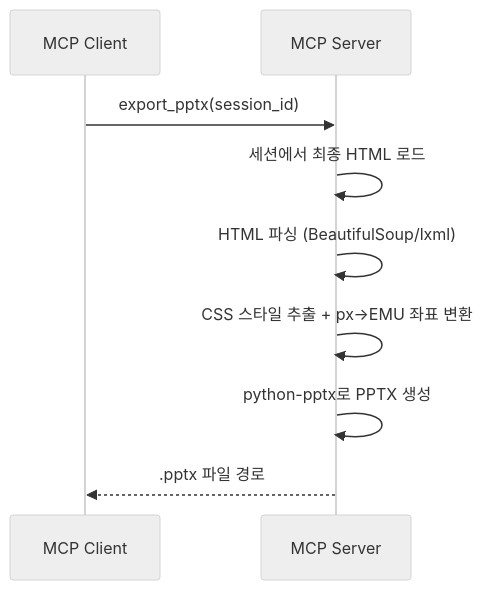
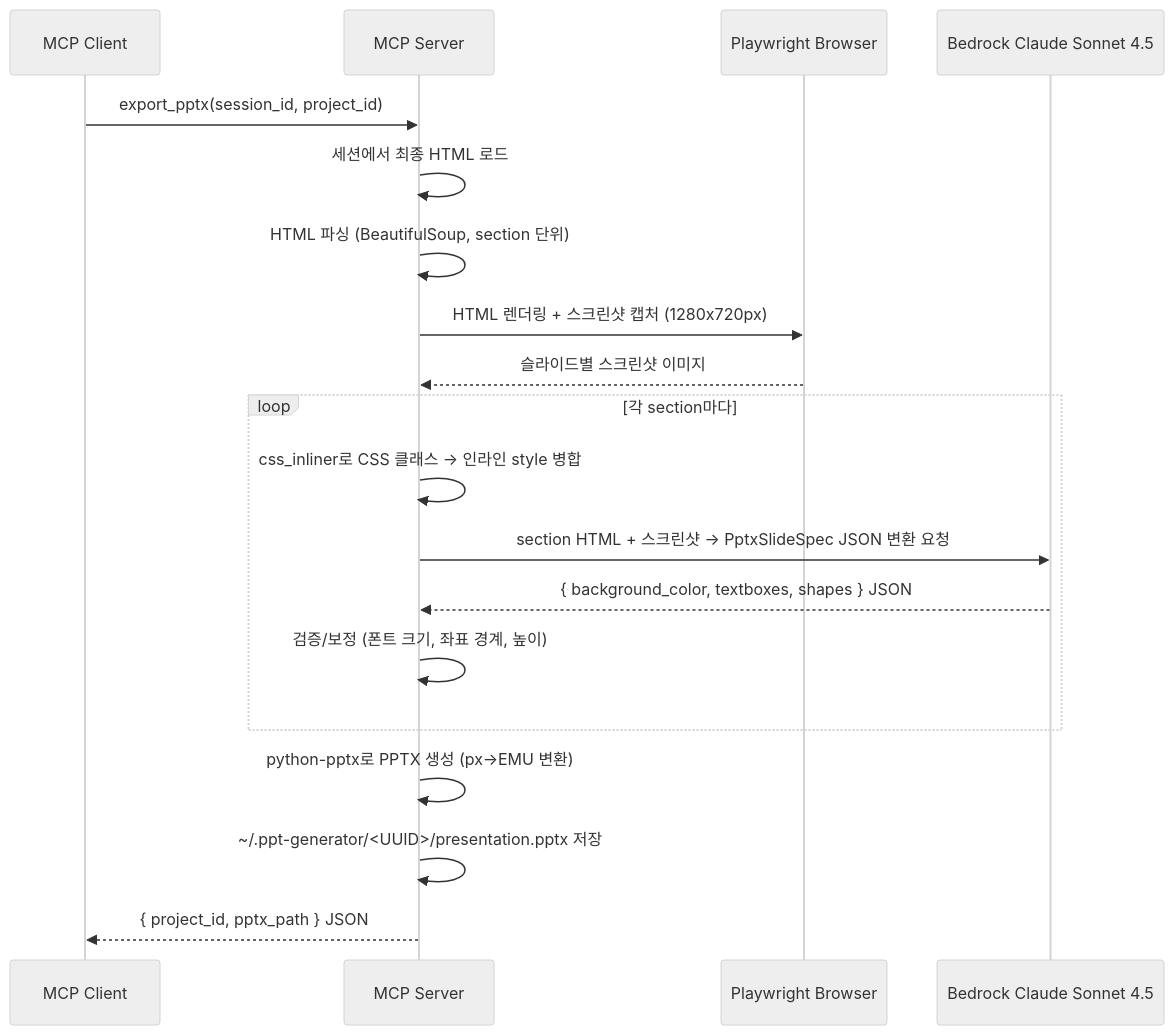
One commit to haandol/ppt-generator changed the diagram in docs/adr/pipeline/0006-pptx-export.md. Above: the diagram before and after it, drawn with Mermaid (neutral theme). The commit also changed other lines of this file and 14 other files, not shown here.

First line of the commit message:
Enhance slide generation and project management features

````diff
--- a/docs/adr/pipeline/0006-pptx-export.md
+++ b/docs/adr/pipeline/0006-pptx-export.md
@@ -72,12 +74,24 @@
 ```mermaid
 sequenceDiagram
     participant Client as MCP Client
     participant Server as MCP Server
+    participant Playwright as Playwright Browser
+    participant LLM as Bedrock Claude Sonnet 4.5
 
-    Client->>Server: export_pptx(session_id)
+    Client->>Server: export_pptx(session_id, project_id)
     Server->>Server: 세션에서 최종 HTML 로드
-    Server->>Server: HTML 파싱 (BeautifulSoup/lxml)
-    Server->>Server: CSS 스타일 추출 + px→EMU 좌표 변환
-    Server->>Server: python-pptx로 PPTX 생성
-    Server-->>Client: .pptx 파일 경로
+    Server->>Server: HTML 파싱 (BeautifulSoup, section 단위)
+    Server->>Playwright: HTML 렌더링 + 스크린샷 캡처 (1280x720px)
+    Playwright-->>Server: 슬라이드별 스크린샷 이미지
+
+    loop 각 section마다
+        Server->>Server: css_inliner로 CSS 클래스 → 인라인 style 병합
+        Server->>LLM: section HTML + 스크린샷 → PptxSlideSpec JSON 변환 요청
+        LLM-->>Server: { background_color, textboxes, shapes } JSON
+        Server->>Server: 검증/보정 (폰트 크기, 좌표 경계, 높이)
+    end
+
+    Server->>Server: python-pptx로 PPTX 생성 (px→EMU 변환)
+    Server->>Server: ~/.ppt-generator/<UUID>/presentation.pptx 저장
+    Server-->>Client: { project_id, pptx_path } JSON
 ```
````
